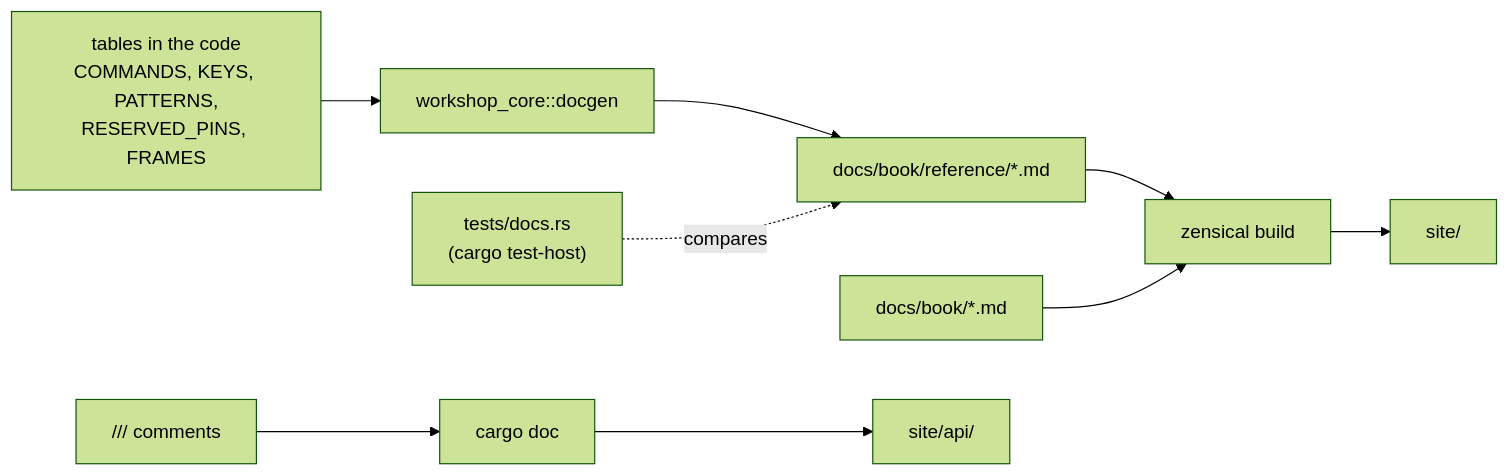
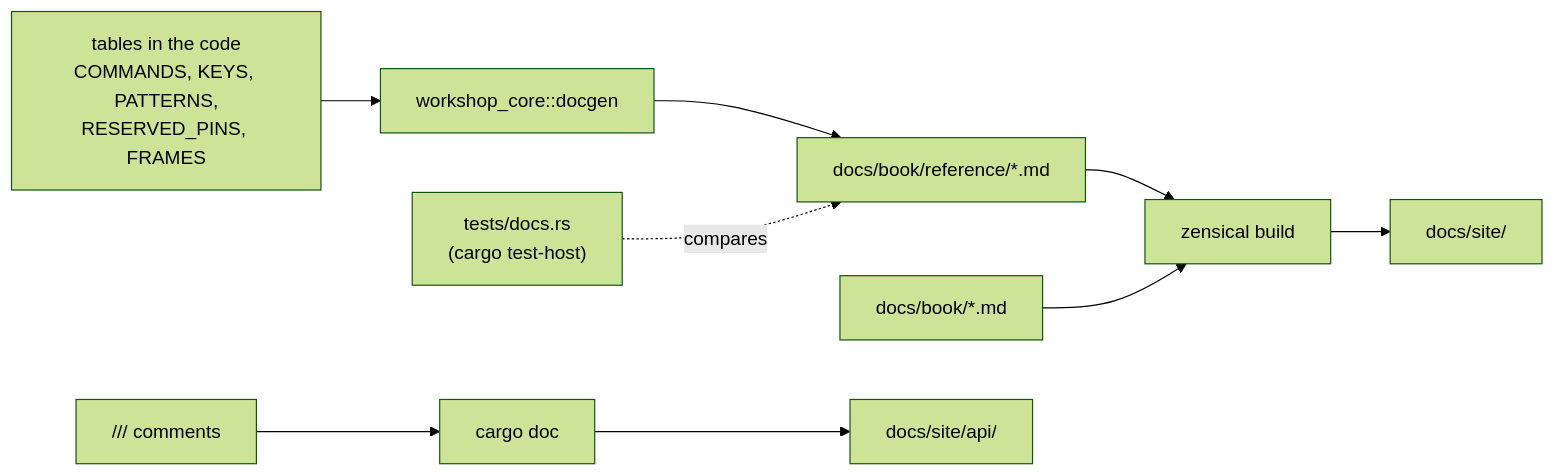
Before and after one commit to Lpwlk/esp32-rust-workshop: the diagram in docs/book/automation.md, drawn with Mermaid (forest theme). The commit also changed other lines of this file and 121 other files, not shown here.

````diff
--- a/docs/book/automation.md
+++ b/docs/book/automation.md
@@ -41,11 +41,11 @@
 ```mermaid
 flowchart LR
     tables["tables in the code<br/>COMMANDS, KEYS, PATTERNS,<br/>RESERVED_PINS, FRAMES"] --> docgen["workshop_core::docgen"]
     docgen --> ref["docs/book/reference/*.md"]
     test["tests/docs.rs<br/>(cargo test-host)"] -. compares .-> ref
     ref --> zensical["zensical build"]
     guides["docs/book/*.md"] --> zensical
     comments["/// comments"] --> rustdoc["cargo doc"]
-    zensical --> site["site/"]
-    rustdoc --> api["site/api/"]
+    zensical --> site["docs/site/"]
+    rustdoc --> api["docs/site/api/"]
 ```
````
